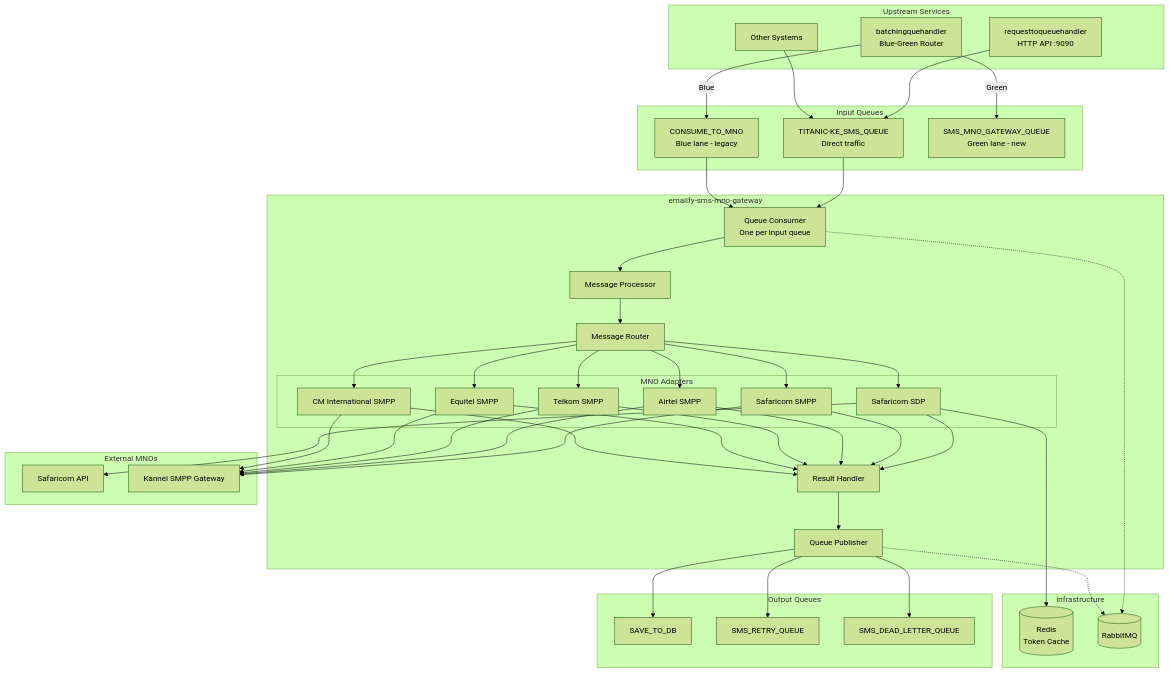
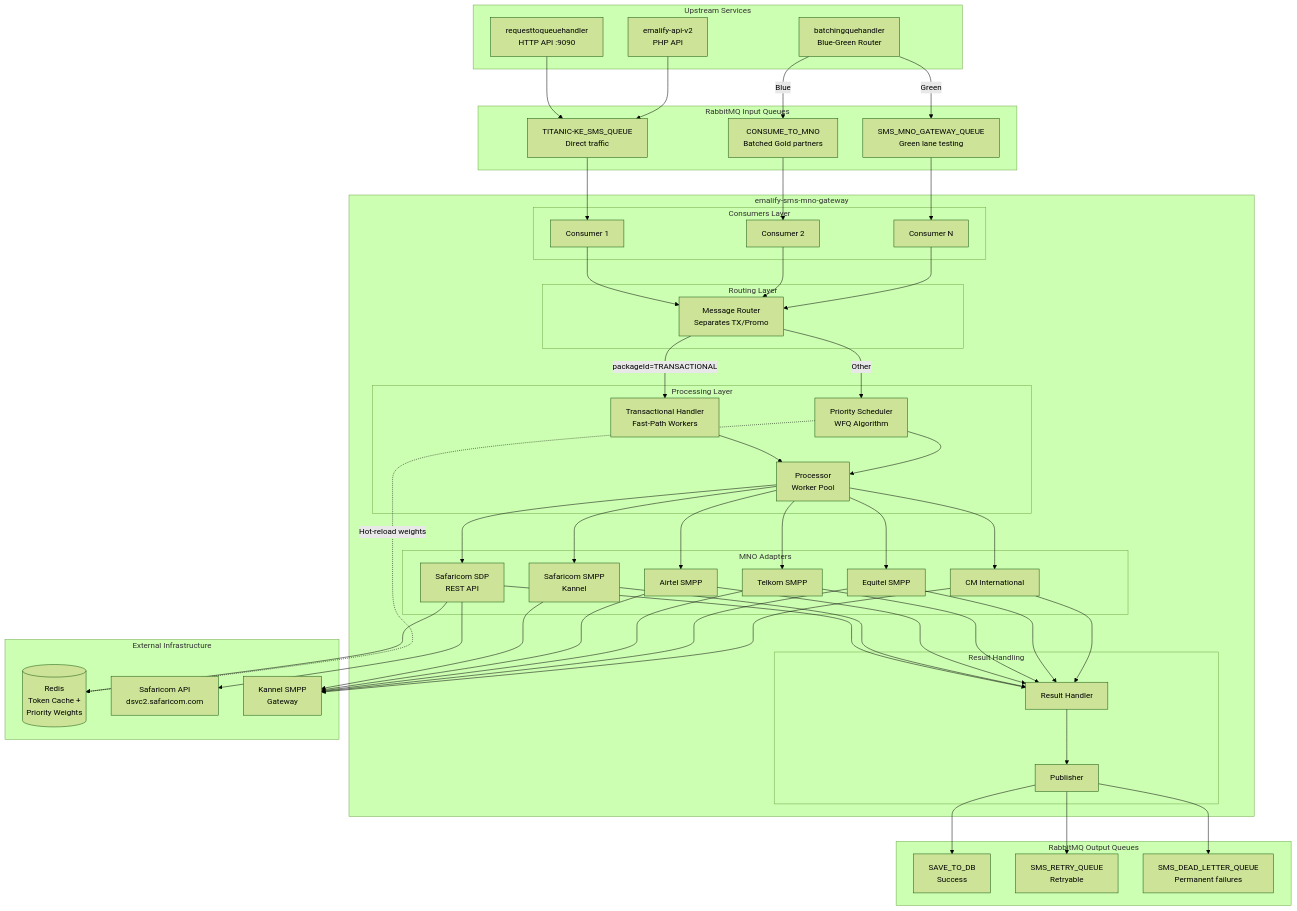
Before and after one commit to ElMonstro/sms-mno-gateway: the first of 18 diagrams in docs/architecture.md, drawn with Mermaid (forest theme). The commit also changed other lines of this file, not shown here.

Commit message:
Added Master Flow Diagram to arch docs

````diff
--- a/docs/architecture.md
+++ b/docs/architecture.md
@@ -11,66 +51,84 @@
     subgraph "Upstream Services"
         RQH[requesttoqueuehandler<br/>HTTP API :9090]
         BQH[batchingquehandler<br/>Blue-Green Router]
-        OTHER[Other Systems]
+        API[emalify-api-v2<br/>PHP API]
     end
 
-    subgraph "Input Queues"
+    subgraph "RabbitMQ Input Queues"
         TQ[TITANIC-KE_SMS_QUEUE<br/>Direct traffic]
-        CMQ[CONSUME_TO_MNO<br/>Blue lane - legacy]
-        GQ[SMS_MNO_GATEWAY_QUEUE<br/>Green lane - new]
+        CMQ[CONSUME_TO_MNO<br/>Batched Gold partners]
+        GQ[SMS_MNO_GATEWAY_QUEUE<br/>Green lane testing]
     end
 
     subgraph "emalify-sms-mno-gateway"
-        CONSUMER[Queue Consumer<br/>One per input queue]
-        PROCESSOR[Message Processor]
-        ROUTER[Message Router]
+        subgraph "Consumers Layer"
+            C1[Consumer 1]
+            C2[Consumer 2]
+            C3[Consumer N]
+        end
+
+        subgraph "Routing Layer"
+            MR[Message Router<br/>Separates TX/Promo]
+        end
+
+        subgraph "Processing Layer"
+            TH[Transactional Handler<br/>Fast-Path Workers]
+            PS[Priority Scheduler<br/>WFQ Algorithm]
+            PROC[Processor<br/>Worker Pool]
+        end
 
         subgraph "MNO Adapters"
-            SDP[Safaricom SDP]
-            SMPP_SAF[Safaricom SMPP]
+            SDP[Safaricom SDP<br/>REST API]
+            SMPP_SAF[Safaricom SMPP<br/>Kannel]
             SMPP_AIR[Airtel SMPP]
             SMPP_TEL[Telkom SMPP]
             SMPP_EQU[Equitel SMPP]
-            SMPP_CM[CM International SMPP]
+            SMPP_CM[CM International]
         end
 
-        RESULT[Result Handler]
-        PUBLISHER[Queue Publisher]
+        subgraph "Result Handling"
+            RH[Result Handler]
+            PUB[Publisher]
+        end
     end
 
-    subgraph "Output Queues"
-        SAVE[SAVE_TO_DB]
-        RETRY[SMS_RETRY_QUEUE]
-        DLQ[SMS_DEAD_LETTER_QUEUE]
+    subgraph "RabbitMQ Output Queues"
+        SAVE[SAVE_TO_DB<br/>Success]
+        RETRY[SMS_RETRY_QUEUE<br/>Retryable]
+        DLQ[SMS_DEAD_LETTER_QUEUE<br/>Permanent failures]
     end
 
-    subgraph "Infrastructure"
-        REDIS[(Redis<br/>Token Cache)]
-        RABBITMQ[(RabbitMQ)]
-    end
-
-    subgraph "External MNOs"
-        SAF_API[Safaricom API]
-        KANNEL[Kannel SMPP Gateway]
+    subgraph "External Infrastructure"
+        REDIS[(Redis<br/>Token Cache +<br/>Priority Weights)]
+        SAF_API[Safaricom API<br/>dsvc2.safaricom.com]
+        KANNEL[Kannel SMPP<br/>Gateway]
     end
 
     RQH --> TQ
     BQH -->|Blue| CMQ
     BQH -->|Green| GQ
-    OTHER --> TQ
+    API --> TQ
 
-    TQ --> CONSUMER
-    CMQ --> CONSUMER
+    TQ --> C1
+    CMQ --> C2
+    GQ --> C3
 
-    CONSUMER --> PROCESSOR
-    PROCESSOR --> ROUTER
+    C1 --> MR
+    C2 --> MR
+    C3 --> MR
 
-    ROUTER --> SDP
-    ROUTER --> SMPP_SAF
-    ROUTER --> SMPP_AIR
-    ROUTER --> SMPP_TEL
-    ROUTER --> SMPP_EQU
-    ROUTER --> SMPP_CM
+    MR -->|packageId=TRANSACTIONAL| TH
+    MR -->|Other| PS
+
+    TH --> PROC
+    PS --> PROC
+
+    PROC --> SDP
+    PROC --> SMPP_SAF
+    PROC --> SMPP_AIR
+    PROC --> SMPP_TEL
+    PROC --> SMPP_EQU
+    PROC --> SMPP_CM
 
     SDP --> REDIS
     SDP --> SAF_API
@@ -80,18 +138,17 @@
     SMPP_EQU --> KANNEL
     SMPP_CM --> KANNEL
 
-    SDP --> RESULT
-    SMPP_SAF --> RESULT
-    SMPP_AIR --> RESULT
-    SMPP_TEL --> RESULT
-    SMPP_EQU --> RESULT
-    SMPP_CM --> RESULT
+    SDP --> RH
+    SMPP_SAF --> RH
+    SMPP_AIR --> RH
+    SMPP_TEL --> RH
+    SMPP_EQU --> RH
+    SMPP_CM --> RH
 
-    RESULT --> PUBLISHER
-    PUBLISHER --> SAVE
-    PUBLISHER --> RETRY
-    PUBLISHER --> DLQ
+    RH --> PUB
+    PUB --> SAVE
+    PUB --> RETRY
+    PUB --> DLQ
 
-    CONSUMER -.-> RABBITMQ
-    PUBLISHER -.-> RABBITMQ
+    PS -.->|Hot-reload weights| REDIS
 ```
````
